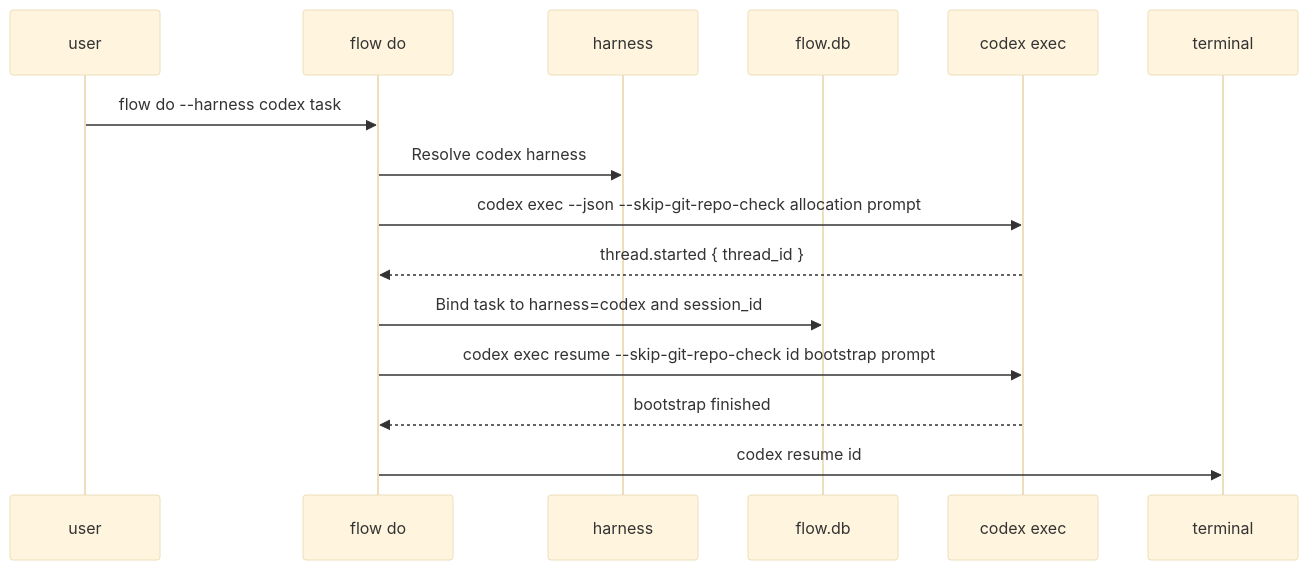
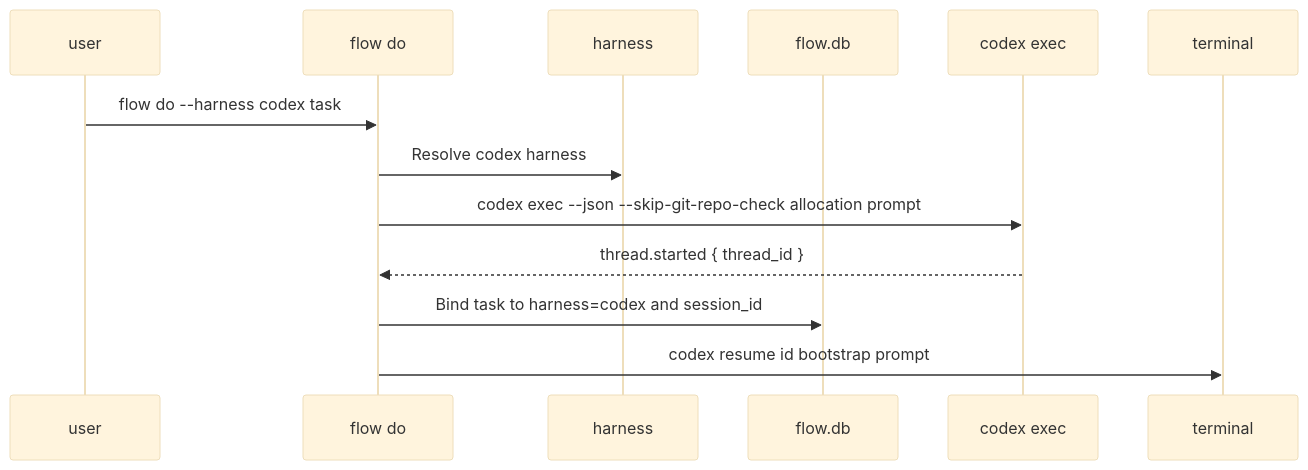
Before and after one commit to swapnildahiphale/flow: the diagram in docs/superpowers/plans/2026-05-28-codex-harness-support.md, drawn with Mermaid (base theme). The commit also changed other lines of this file and 9 other files, not shown here.

Commit message:
fix: launch codex bootstrap interactively

````diff
--- a/docs/superpowers/plans/2026-05-28-codex-harness-support.md
+++ b/docs/superpowers/plans/2026-05-28-codex-harness-support.md
@@ -51,18 +51,16 @@
 ```mermaid
 sequenceDiagram
   participant U as user
   participant F as flow do
   participant H as harness
   participant DB as flow.db
   participant C as codex exec
   participant T as terminal
 
   U->>F: flow do --harness codex task
   F->>H: Resolve codex harness
   F->>C: codex exec --json --skip-git-repo-check allocation prompt
   C-->>F: thread.started { thread_id }
   F->>DB: Bind task to harness=codex and session_id
-  F->>C: codex exec resume --skip-git-repo-check id bootstrap prompt
-  C-->>F: bootstrap finished
-  F->>T: codex resume id
+  F->>T: codex resume id bootstrap prompt
 ```
````
